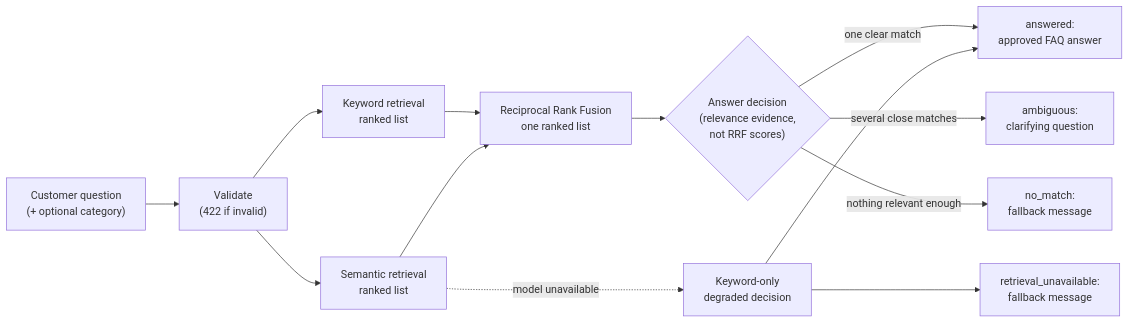
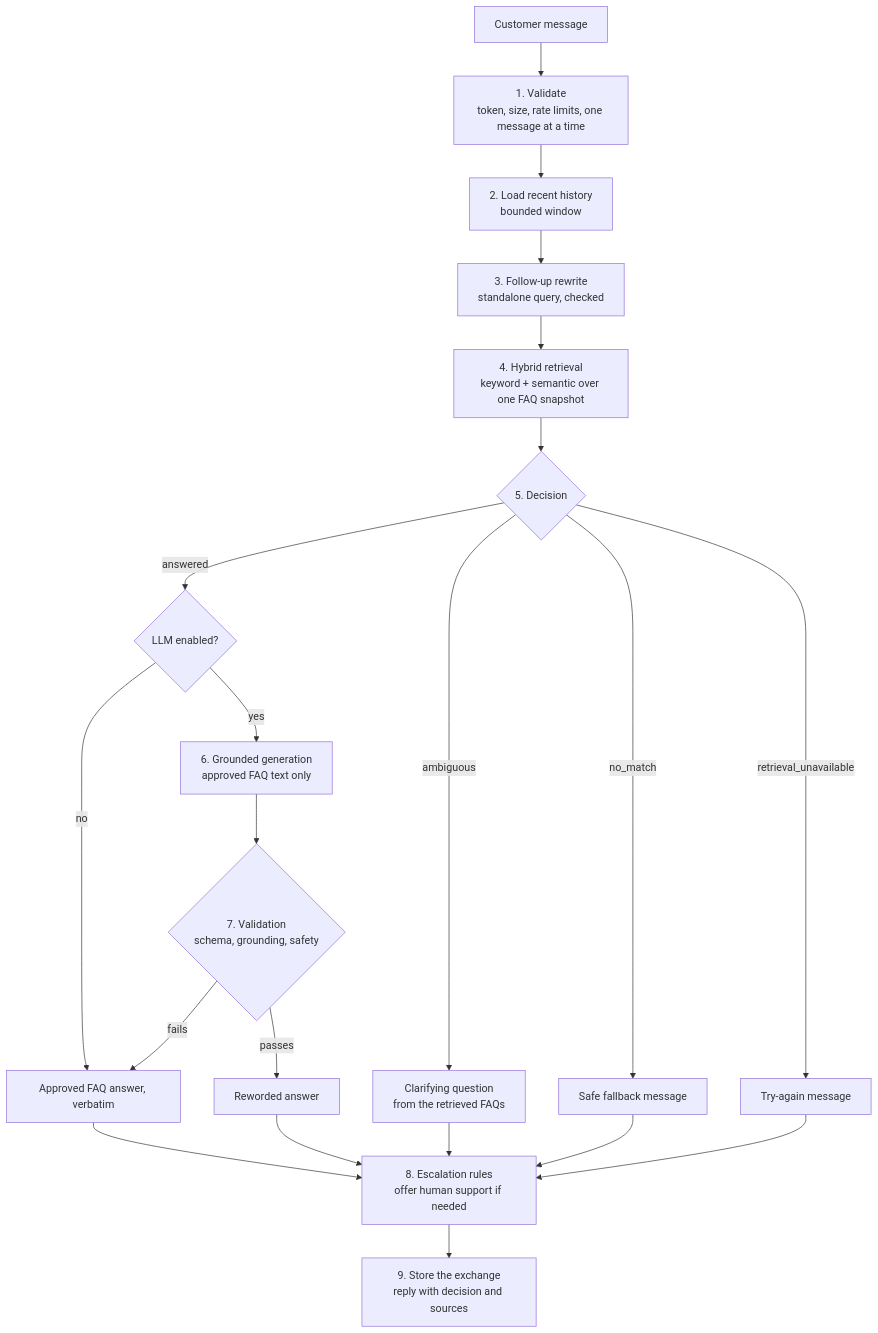
One commit to pankajr03/ai-customer-support-chatbot changed the second of 2 diagrams in README.md. Above: the diagram before and after it, drawn with Mermaid. The commit also changed other lines of this file and 9 other files, not shown here.

Commit message:
docs: rewrite the README as a concise project overview with features, architecture and answer workflow diagrams, setup, configuration, run, Docker, testing, security, limitations and roadmap, move the full previous README to docs/developer-guide.md, and point links and messages at the new locations

````diff
--- a/README.md
+++ b/README.md
@@ -1609,15 +136,19 @@
 ```mermaid
-flowchart LR
-    Q["Customer question<br/>(+ optional category)"] --> V["Validate<br/>(422 if invalid)"]
-    V --> K["Keyword retrieval<br/>ranked list"]
-    V --> S["Semantic retrieval<br/>ranked list"]
-    K --> F["Reciprocal Rank Fusion<br/>one ranked list"]
-    S --> F
-    F --> D{"Answer decision<br/>(relevance evidence,<br/>not RRF scores)"}
-    D -->|"one clear match"| A["answered:<br/>approved FAQ answer"]
-    D -->|"several close matches"| C["ambiguous:<br/>clarifying question"]
-    D -->|"nothing relevant enough"| N["no_match:<br/>fallback message"]
-    S -. "model unavailable" .-> G["Keyword-only<br/>degraded decision"]
-    G --> A
-    G --> U["retrieval_unavailable:<br/>fallback message"]
+flowchart TD
+    M["Customer message"] --> V["1. Validate<br/>token, size, rate limits, one message at a time"]
+    V --> H["2. Load recent history<br/>bounded window"]
+    H --> R["3. Follow-up rewrite<br/>standalone query, checked"]
+    R --> S["4. Hybrid retrieval<br/>keyword + semantic over one FAQ snapshot"]
+    S --> D{"5. Decision"}
+    D -- "answered" --> L{"LLM enabled?"}
+    D -- "ambiguous" --> C["Clarifying question<br/>from the retrieved FAQs"]
+    D -- "no_match" --> F["Safe fallback message"]
+    D -- "retrieval_unavailable" --> U["Try-again message"]
+    L -- "no" --> A["Approved FAQ answer, verbatim"]
+    L -- "yes" --> G["6. Grounded generation<br/>approved FAQ text only"]
+    G --> K{"7. Validation<br/>schema, grounding, safety"}
+    K -- "passes" --> W["Reworded answer"]
+    K -- "fails" --> A
+    A & W & C & F & U --> E["8. Escalation rules<br/>offer human support if needed"]
+    E --> St["9. Store the exchange<br/>reply with decision and sources"]
 ```
````
